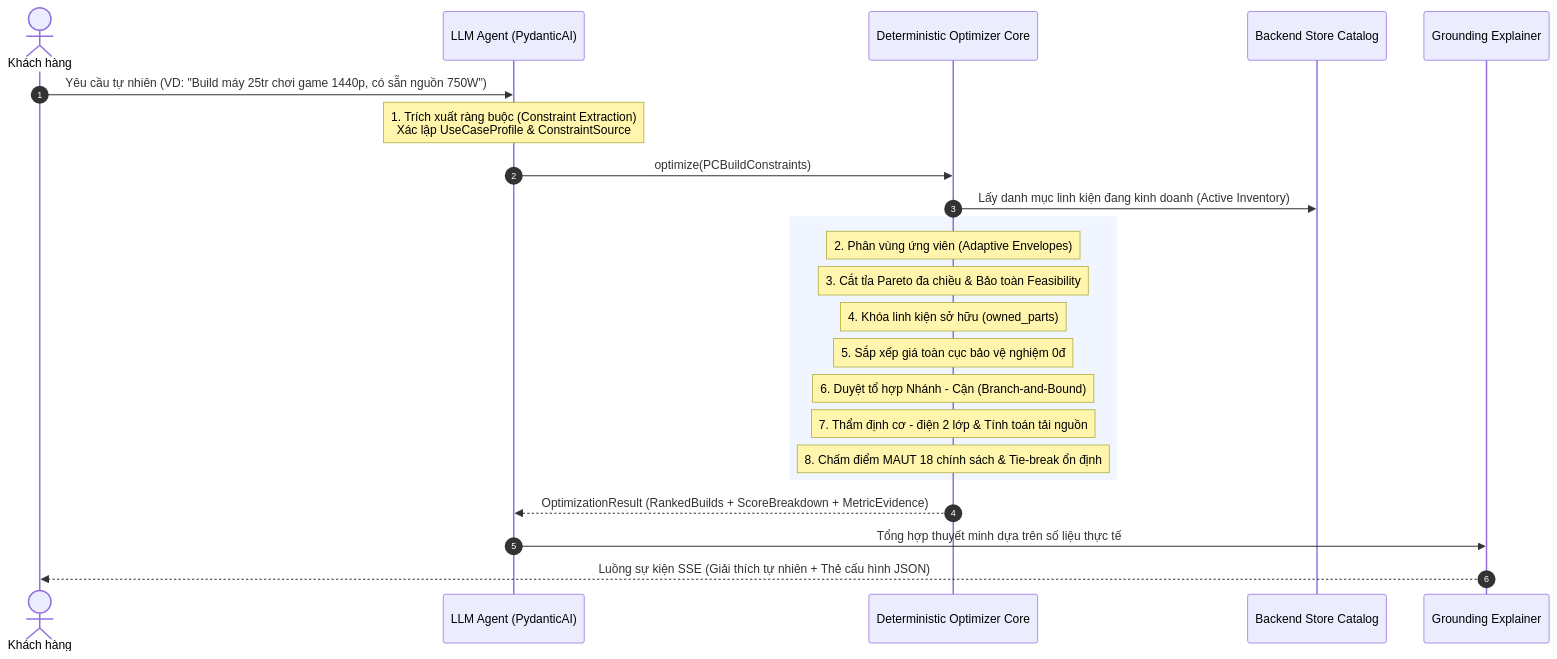
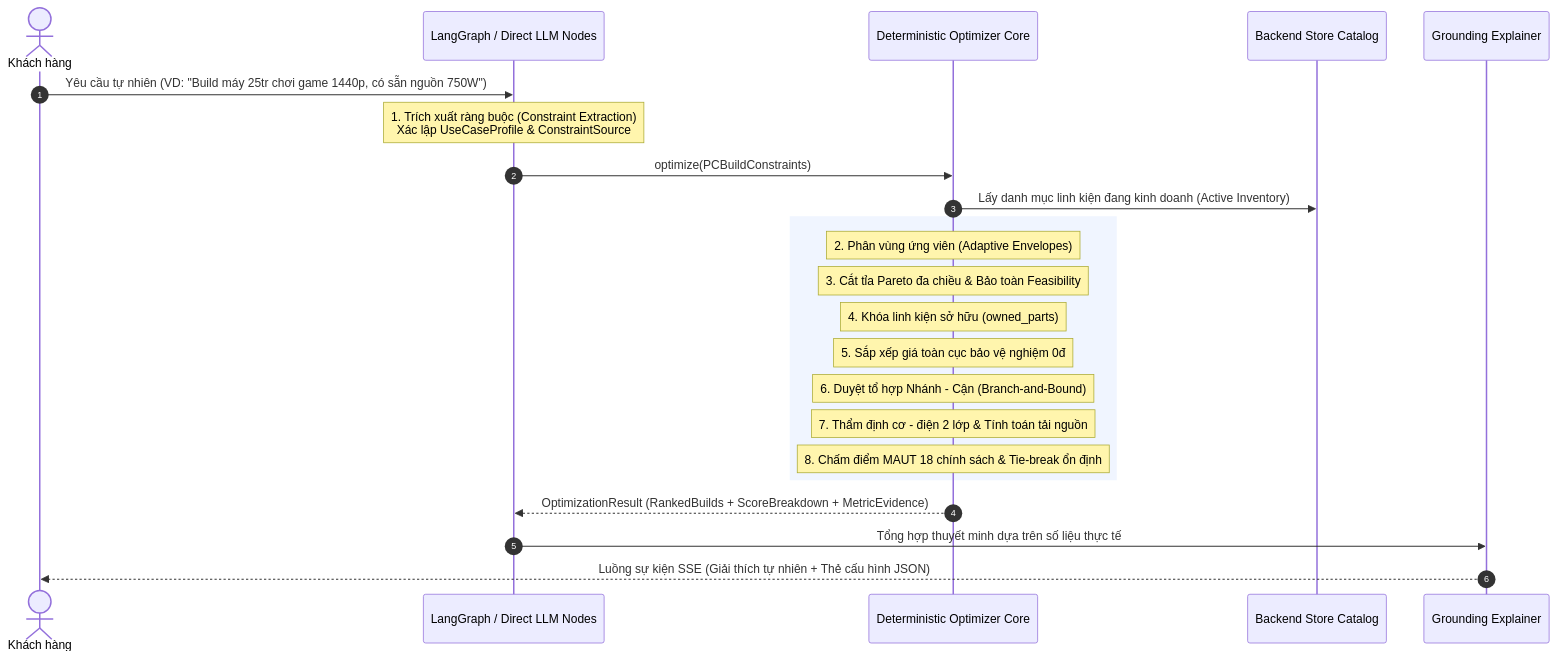
The diagram in 04-ai/guided-selection.md (pc-shopping-assistant-org/docs), drawn with Mermaid before and after one commit. The commit also changed other lines of this file and 4 other files, not shown here.

````diff
--- a/04-ai/guided-selection.md
+++ b/04-ai/guided-selection.md
@@ -11,28 +18,28 @@
 ```mermaid
 sequenceDiagram
     autonumber
     actor User as Khách hàng
-    participant Agent as LLM Agent (PydanticAI)
+    participant Agent as LangGraph / Direct LLM Nodes
     participant Core as Deterministic Optimizer Core
     participant Catalog as Backend Store Catalog
     participant Explainer as Grounding Explainer
 
     User->>Agent: Yêu cầu tự nhiên (VD: "Build máy 25tr chơi game 1440p, có sẵn nguồn 750W")
     Note over Agent: 1. Trích xuất ràng buộc (Constraint Extraction)<br/>Xác lập UseCaseProfile & ConstraintSource
     Agent->>Core: optimize(PCBuildConstraints)
     Core->>Catalog: Lấy danh mục linh kiện đang kinh doanh (Active Inventory)
     
     rect rgb(240, 245, 255)
         Note over Core: 2. Phân vùng ứng viên (Adaptive Envelopes)
         Note over Core: 3. Cắt tỉa Pareto đa chiều & Bảo toàn Feasibility
         Note over Core: 4. Khóa linh kiện sở hữu (owned_parts)
         Note over Core: 5. Sắp xếp giá toàn cục bảo vệ nghiệm 0đ
         Note over Core: 6. Duyệt tổ hợp Nhánh - Cận (Branch-and-Bound)
         Note over Core: 7. Thẩm định cơ - điện 2 lớp & Tính toán tải nguồn
         Note over Core: 8. Chấm điểm MAUT 18 chính sách & Tie-break ổn định
     end
 
     Core-->>Agent: OptimizationResult (RankedBuilds + ScoreBreakdown + MetricEvidence)
     Agent->>Explainer: Tổng hợp thuyết minh dựa trên số liệu thực tế
     Explainer-->>User: Luồng sự kiện SSE (Giải thích tự nhiên + Thẻ cấu hình JSON)
 ```
````
